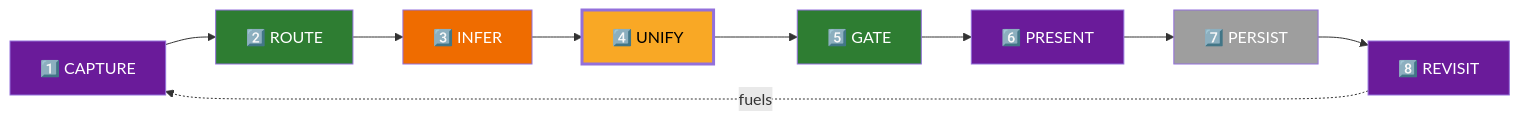
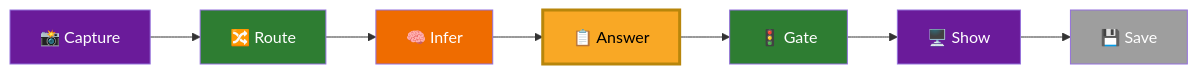
Before and after one commit to Raj-Indra-Asura/Cropora: the fourth of 12 diagrams in Cropora System Design Presentation.md, drawn with Mermaid. The commit also changed other lines of this file, not shown here.

````diff
--- a/Cropora System Design Presentation.md
+++ b/Cropora System Design Presentation.md
@@ -159,20 +131,17 @@
 ```mermaid
 flowchart LR
-    S1["1️⃣ CAPTURE"] --> S2["2️⃣ ROUTE"]
-    S2 --> S3["3️⃣ INFER"]
-    S3 --> S4["4️⃣ UNIFY"]
-    S4 --> S5["5️⃣ GATE"]
-    S5 --> S6["6️⃣ PRESENT"]
-    S6 --> S7["7️⃣ PERSIST"]
-    S7 --> S8["8️⃣ REVISIT"]
-    S8 -. "fuels" .-> S1
+    S1["📸 Capture"] --> S2["🔀 Route"]
+    S2 --> S3["🧠 Infer"]
+    S3 --> S4["📋 Answer"]
+    S4 --> S5["🚦 Gate"]
+    S5 --> S6["🖥️ Show"]
+    S6 --> S7["💾 Save"]
 
     style S1 fill:#6a1b9a,color:#fff
     style S2 fill:#2e7d32,color:#fff
     style S3 fill:#ef6c00,color:#fff
-    style S4 fill:#f9a825,color:#000,stroke-width:3px
+    style S4 fill:#f9a825,color:#000,stroke:#b8860b,stroke-width:3px
     style S5 fill:#2e7d32,color:#fff
     style S6 fill:#6a1b9a,color:#fff
     style S7 fill:#9e9e9e,color:#fff
-    style S8 fill:#6a1b9a,color:#fff
 ```
````
